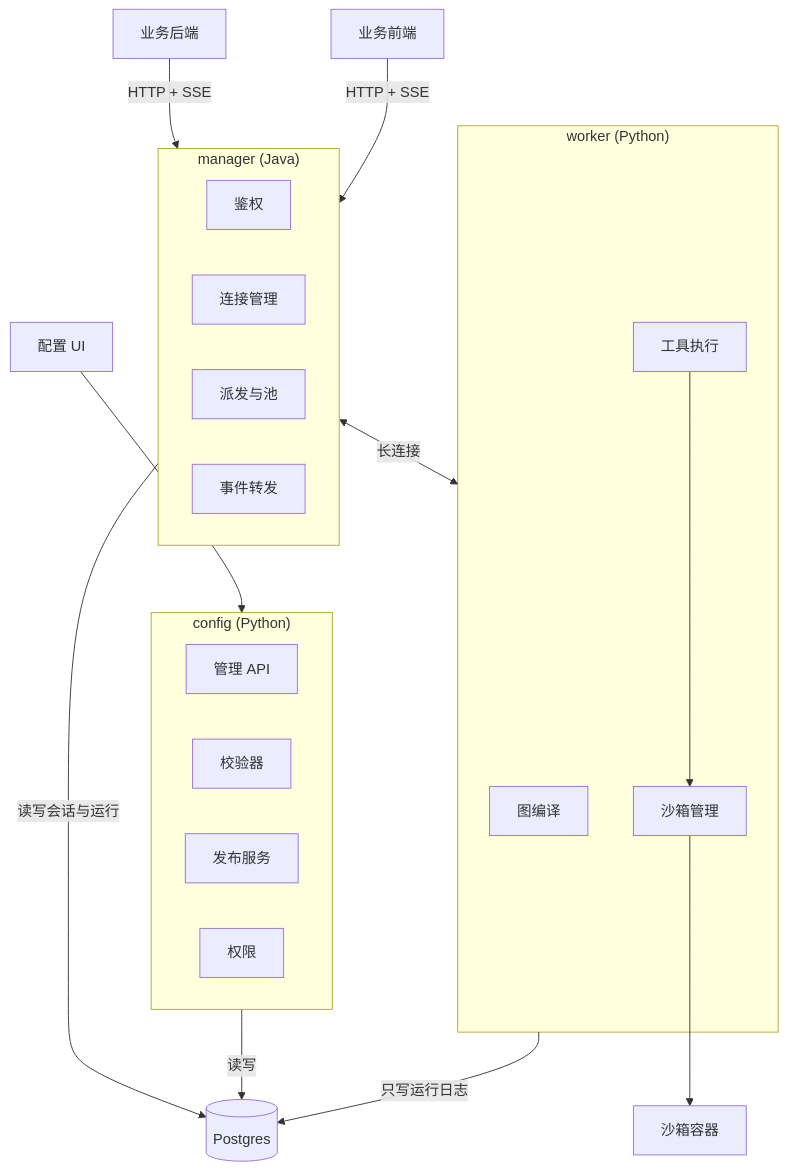
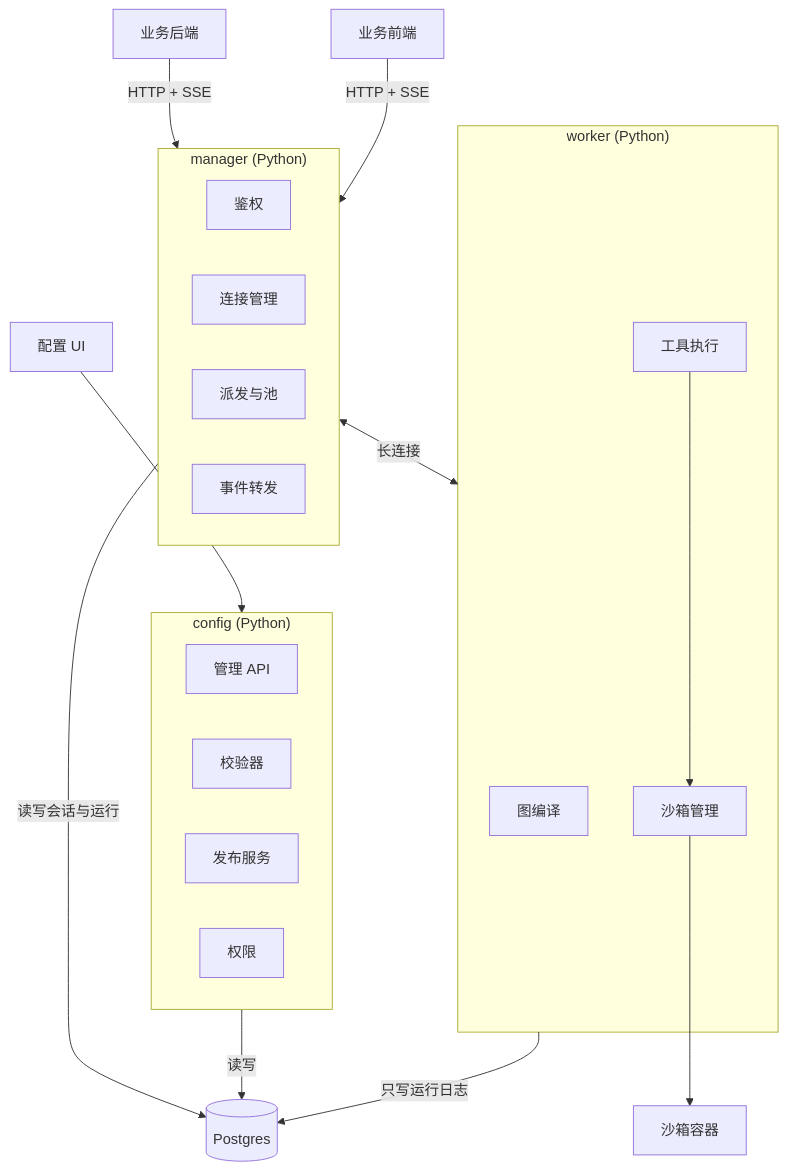
Before and after one commit to solo-xuhonglin/agent-ops: the diagram in docs/01-agent-platform-design.md, drawn with Mermaid. The commit also changed other lines of this file and 1 other file, not shown here.

First line of the commit message:
Move the manager to Python asyncio

````diff
--- a/docs/01-agent-platform-design.md
+++ b/docs/01-agent-platform-design.md
@@ -59,36 +59,36 @@
 ```mermaid
 flowchart TB
     BE["业务后端"]
     FE["业务前端"]
     UI["配置 UI"]
 
-    subgraph MGR["manager (Java)"]
+    subgraph MGR["manager (Python)"]
         AUTH["鉴权"]
         CONN["连接管理"]
         DISP["派发与池"]
         FWD["事件转发"]
     end
     subgraph CFG["config (Python)"]
         API["管理 API"]
         VAL["校验器"]
         PUB["发布服务"]
         RBAC["权限"]
     end
     subgraph WK["worker (Python)"]
         GB["图编译"]
         TE["工具执行"]
         SM["沙箱管理"]
     end
 
     PG[("Postgres")]
     DOCK["沙箱容器"]
 
     BE -->|HTTP + SSE| MGR
     FE -->|HTTP + SSE| MGR
     UI --> CFG
     MGR -->|读写会话与运行| PG
     CFG -->|读写| PG
     WK -->|只写运行日志| PG
     MGR <-->|长连接| WK
     TE --> SM --> DOCK
 ```
````
